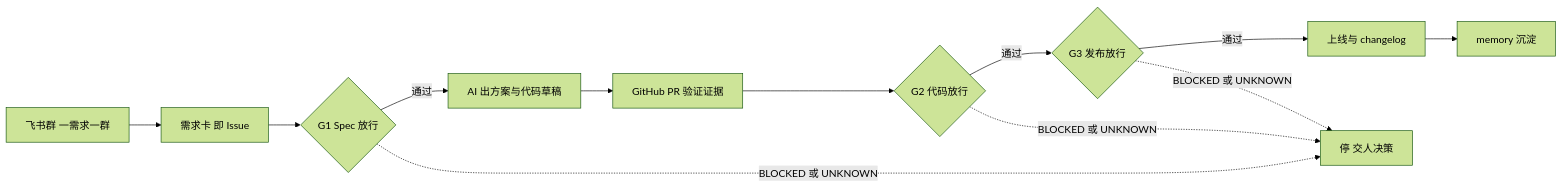
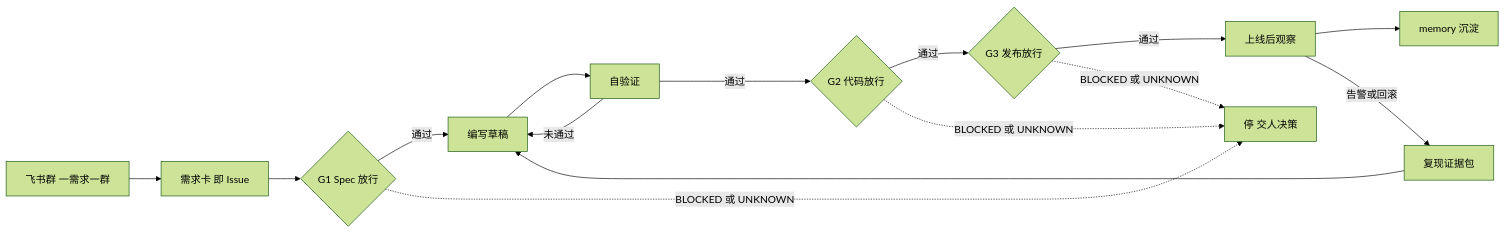
The second of 4 diagrams in docs/process/QUICK_START.md (FeifanTech/newAINativeMethod), drawn with Mermaid (forest theme) before and after one commit. The commit also changed other lines of this file and 6 other files, not shown here.

````diff
--- a/docs/process/QUICK_START.md
+++ b/docs/process/QUICK_START.md
@@ -66,15 +66,18 @@
 ```mermaid
 graph LR
   A[飞书群 一需求一群] --> B[需求卡 即 Issue]
   B --> G1{G1 Spec 放行}
-  G1 -->|通过| C[AI 出方案与代码草稿]
-  C --> D[GitHub PR 验证证据]
-  D --> G2{G2 代码放行}
+  G1 -->|通过| C[编写草稿]
+  C --> V[自验证]
+  V -->|未通过| C
+  V -->|通过| G2{G2 代码放行}
   G2 -->|通过| G3{G3 发布放行}
-  G3 -->|通过| E[上线与 changelog]
+  G3 -->|通过| E[上线后观察]
   E --> F[memory 沉淀]
+  E -->|告警或回滚| R[复现证据包]
+  R --> C
 
   G1 -.->|BLOCKED 或 UNKNOWN| H[停 交人决策]
   G2 -.->|BLOCKED 或 UNKNOWN| H
   G3 -.->|BLOCKED 或 UNKNOWN| H
 ```
````
